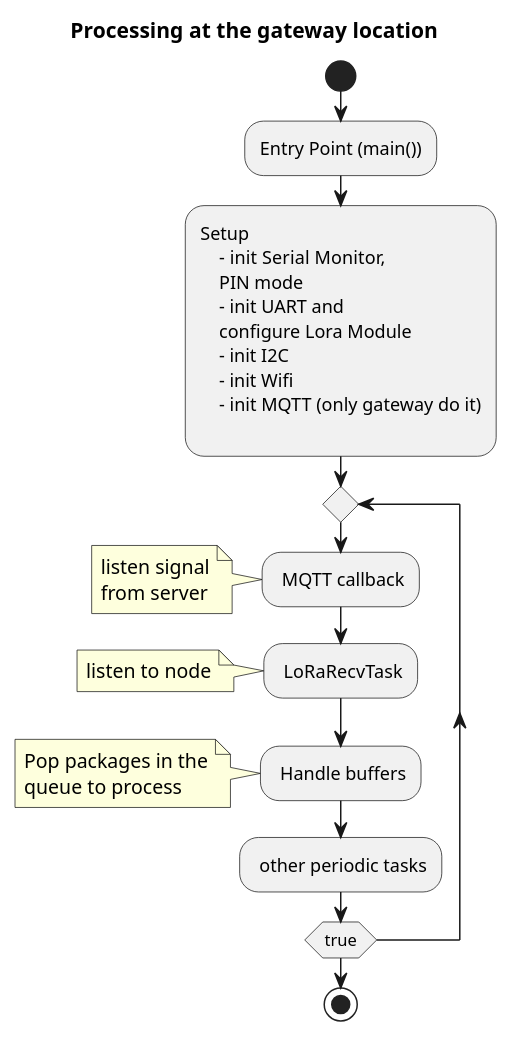
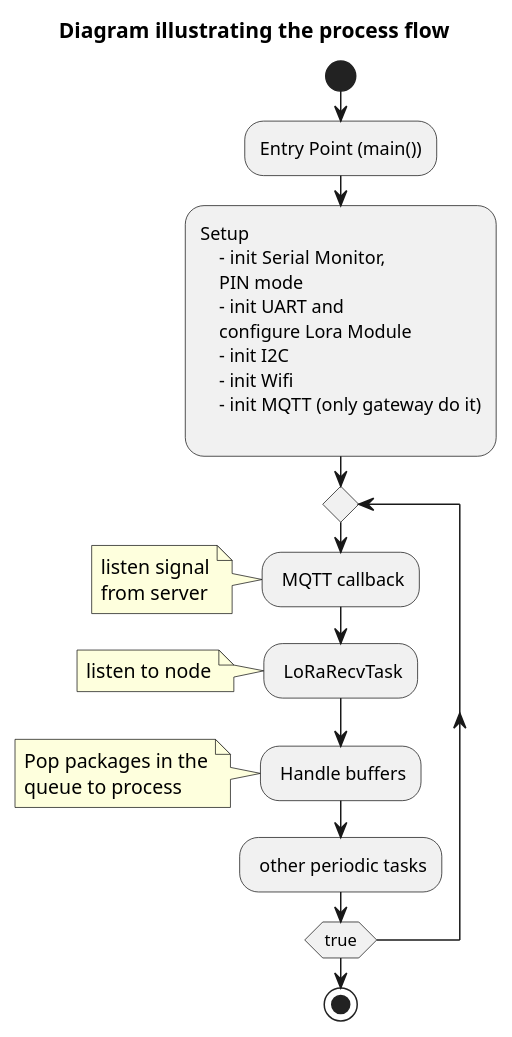
The diagram in design/src/RTOS_gw.wsd (laduc11/light_system_iot), drawn with PlantUML before and after one commit.

Commit message:
Rename title

```diff
--- a/design/src/RTOS_gw.wsd
+++ b/design/src/RTOS_gw.wsd
@@ -1,44 +1,44 @@
 @startuml rtos_gw
-title Processing at the gateway location
+title Diagram illustrating the process flow
 
 start
     :Entry Point (main());
     :Setup
         - init Serial Monitor,
         PIN mode 
         - init UART and
         configure Lora Module
         - init I2C
         - init Wifi
         - init MQTT (only gateway do it)
         ;
         repeat
             : MQTT callback;
             note left
                 listen signal
                 from server
             endnote
             : LoRaRecvTask;
             note left
                 listen to node
             endnote
             : Handle buffers;
             note left
                 Pop packages in the
                 queue to process
             endnote
             : other periodic tasks;
         repeat while (true)
     ' while (true)
     '     : LoRaRecvTask;
     '     note right
     '         listen to node
     '     endnote
     '     : Handle buffers;
     '     note right
     '         Pop the package in the queue to process
     '     endnote
     '     : other periodic tasks;
     ' endwhile
 stop
 @enduml
```
